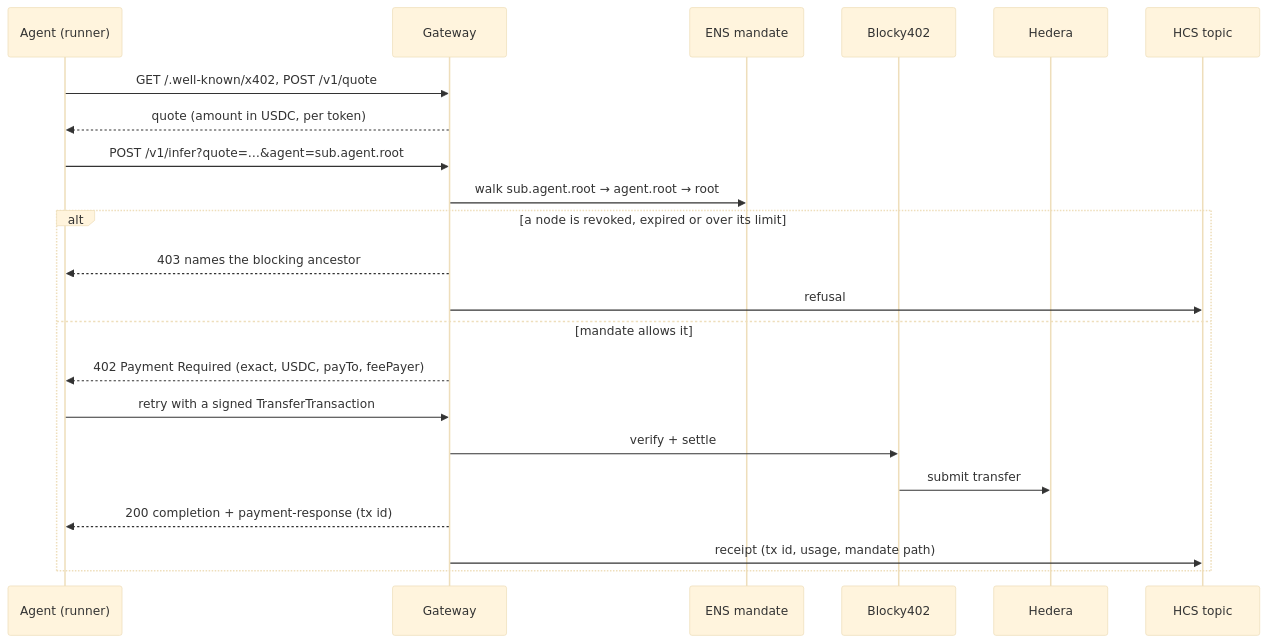
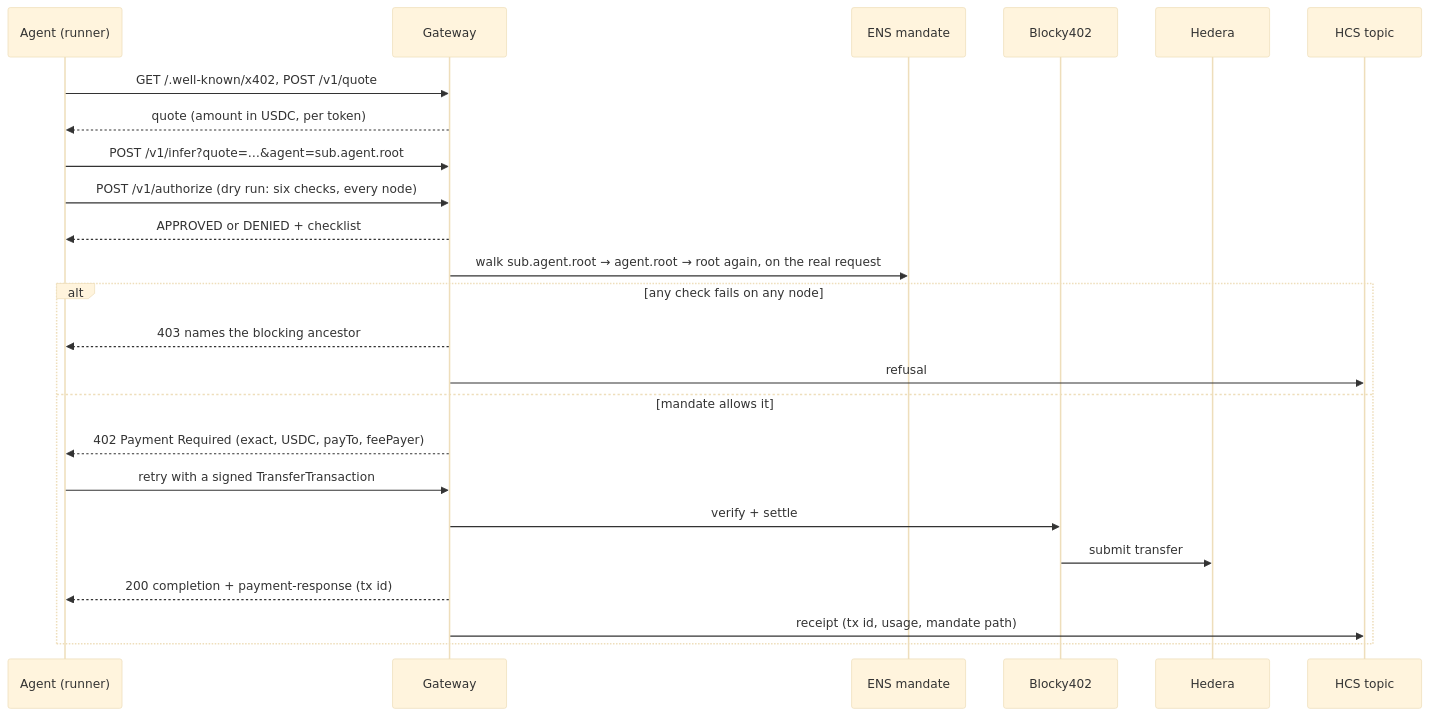
One commit to Manvith-Shetty/Levy changed the second of 2 diagrams in README.md. Above: the diagram before and after it, drawn with Mermaid (base theme). The commit also changed other lines of this file and 47 other files, not shown here.

````diff
--- a/README.md
+++ b/README.md
@@ -106,24 +107,26 @@
 ```mermaid
 sequenceDiagram
   participant Ag as Agent (runner)
   participant G as Gateway
   participant M as ENS mandate
   participant F as Blocky402
   participant H as Hedera
   participant T as HCS topic
   Ag->>G: GET /.well-known/x402, POST /v1/quote
   G-->>Ag: quote (amount in USDC, per token)
   Ag->>G: POST /v1/infer?quote=…&agent=sub.agent.root
-  G->>M: walk sub.agent.root → agent.root → root
-  alt a node is revoked, expired or over its limit
+  Ag->>G: POST /v1/authorize (dry run: six checks, every node)
+  G-->>Ag: APPROVED or DENIED + checklist
+  G->>M: walk sub.agent.root → agent.root → root again, on the real request
+  alt any check fails on any node
     G-->>Ag: 403 names the blocking ancestor
     G->>T: refusal
   else mandate allows it
     G-->>Ag: 402 Payment Required (exact, USDC, payTo, feePayer)
     Ag->>G: retry with a signed TransferTransaction
     G->>F: verify + settle
     F->>H: submit transfer
     G-->>Ag: 200 completion + payment-response (tx id)
     G->>T: receipt (tx id, usage, mandate path)
   end
 ```
````
